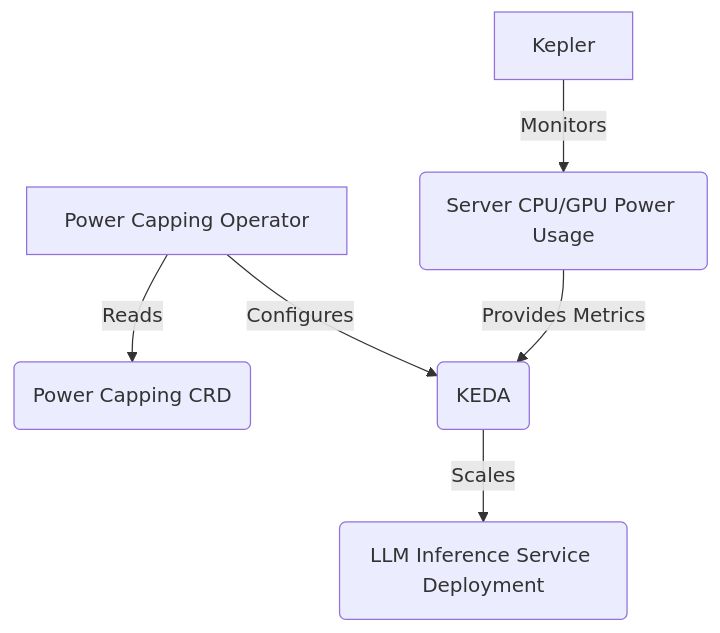
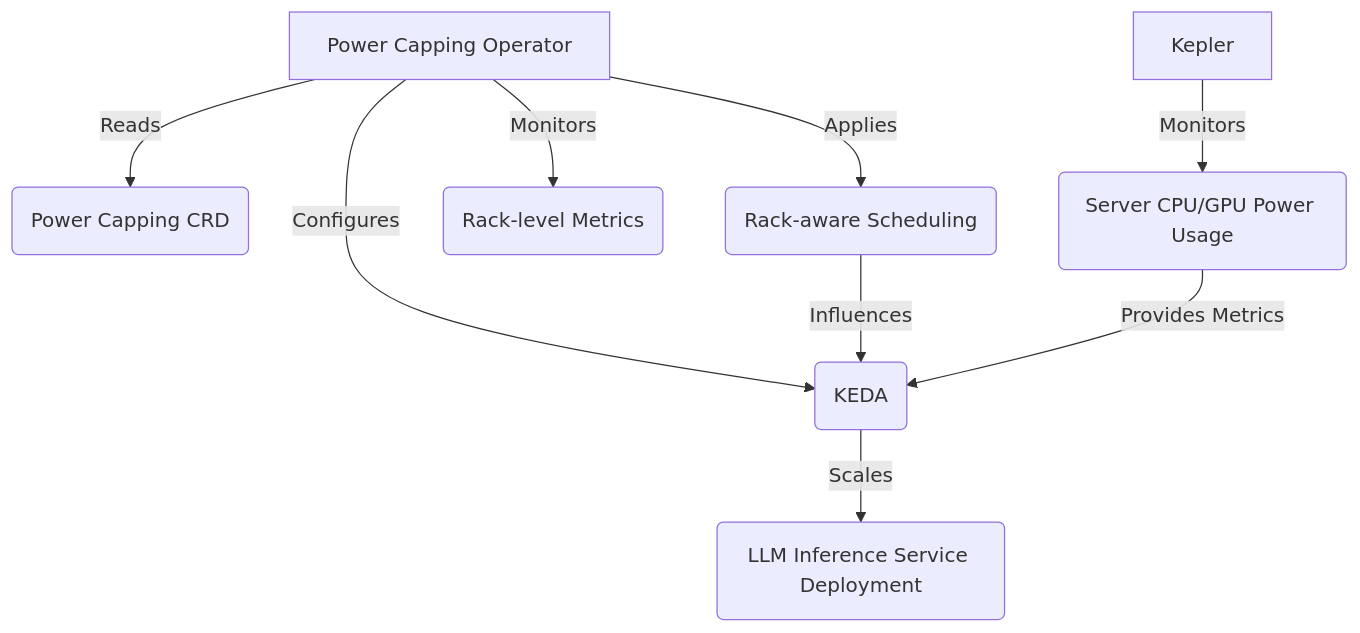
The first of 11 diagrams in README.md (Climatik-Project/Climatik-Project), drawn with Mermaid before and after one commit. The commit also changed other lines of this file, not shown here.

Commit message:
update readme with rack aware algorithms

````diff
--- a/README.md
+++ b/README.md
@@ -28,8 +35,11 @@
 ```mermaid
 graph TD
 A[Power Capping Operator] -->|Reads| B(Power Capping CRD)
 A -->|Configures| C(KEDA)
 C -->|Scales| D(LLM Inference Service Deployment)
 E[Kepler] -->|Monitors| F(Server CPU/GPU Power Usage)
 F -->|Provides Metrics| C
+A -->|Monitors| G(Rack-level Metrics)
+A -->|Applies| H(Rack-aware Scheduling)
+H -->|Influences| C
 ```
````
